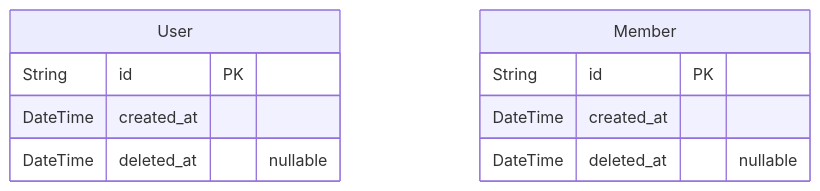
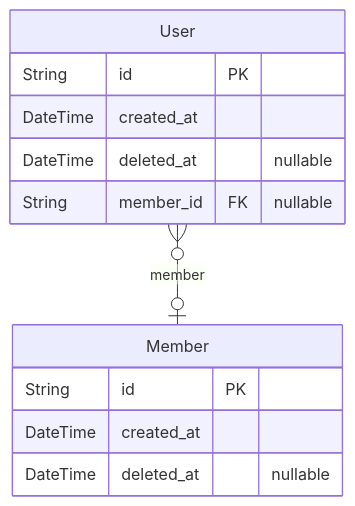
Before and after one commit to Resupath/backend: the diagram in prisma/ERD.md, drawn with Mermaid. The commit also changed other lines of this file and 1 other file, not shown here.

Commit message:
feat: User와 Member 간 관계 정의 추가

````diff
--- a/prisma/ERD.md
+++ b/prisma/ERD.md
@@ -7,13 +7,15 @@
 ```mermaid
 erDiagram
 "User" {
   String id PK
   DateTime created_at
   DateTime deleted_at "nullable"
+  String member_id FK "nullable"
 }
 "Member" {
   String id PK
   DateTime created_at
   DateTime deleted_at "nullable"
 }
+"User" }o--o| "Member" : member
 ```
````
